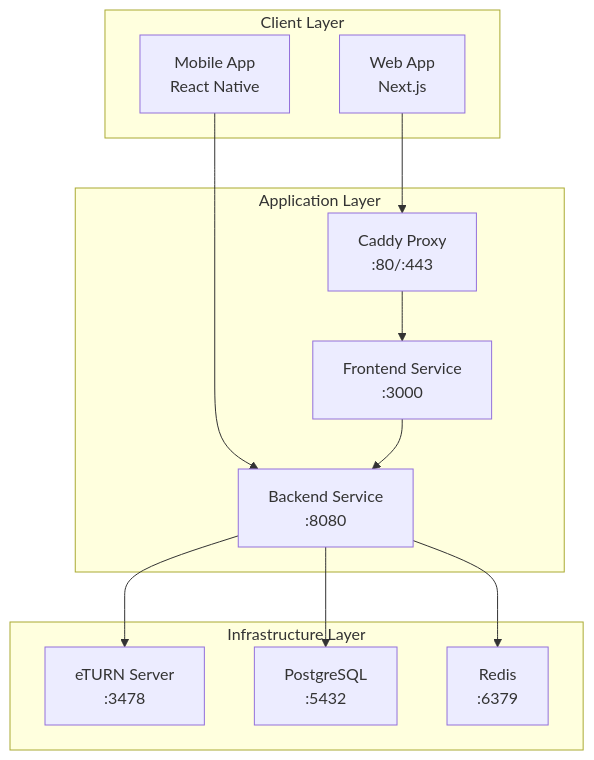
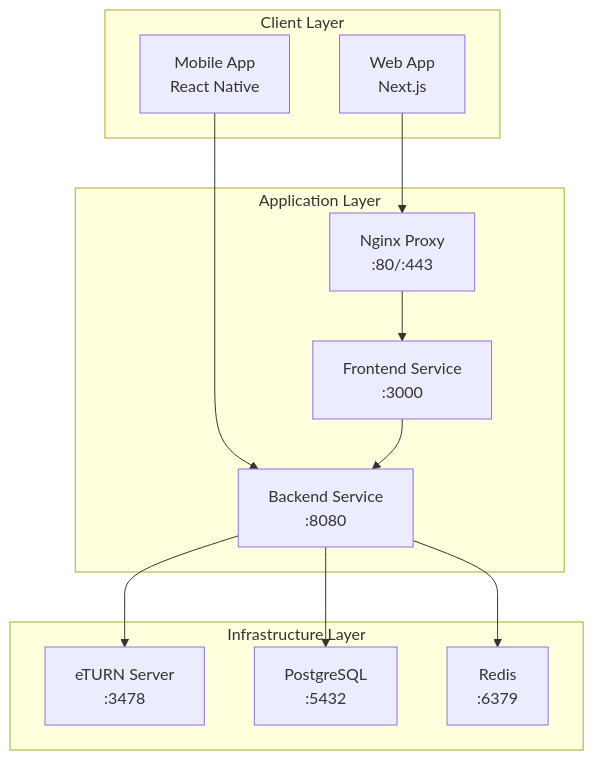
The diagram in README.md (Naimur2/videocallsystem), drawn with Mermaid before and after one commit. The commit also changed other lines of this file and 9 other files, not shown here.

````diff
--- a/README.md
+++ b/README.md
@@ -16,27 +16,27 @@
 ```mermaid
 graph TB
     subgraph "Client Layer"
         WEB[Web App<br/>Next.js]
         MOBILE[Mobile App<br/>React Native]
     end
     
     subgraph "Application Layer"
-        PROXY[Caddy Proxy<br/>:80/:443]
+        PROXY[Nginx Proxy<br/>:80/:443]
         FRONTEND[Frontend Service<br/>:3000]
         BACKEND[Backend Service<br/>:8080]
     end
     
     subgraph "Infrastructure Layer"
         TURN[eTURN Server<br/>:3478]
         DB[PostgreSQL<br/>:5432]
         CACHE[Redis<br/>:6379]
     end
     
     WEB --> PROXY
     MOBILE --> BACKEND
     PROXY --> FRONTEND
     FRONTEND --> BACKEND
     BACKEND --> DB
     BACKEND --> CACHE
     BACKEND --> TURN
 ```
````
